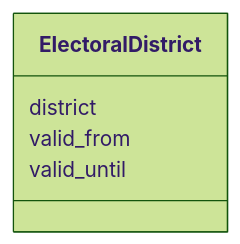
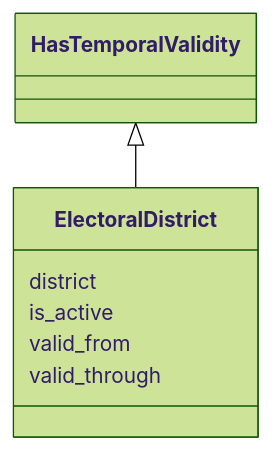
The diagram in ech-0294_actors/output/docs/ElectoralDistrict.md (swiss/political-affairs-ech-group), drawn with Mermaid (forest theme) before and after one commit. The commit also changed other lines of this file and 176 other files, not shown here.

````diff
--- a/ech-0294_actors/output/docs/ElectoralDistrict.md
+++ b/ech-0294_actors/output/docs/ElectoralDistrict.md
@@ -13,12 +22,17 @@
 ```mermaid
  classDiagram
     class ElectoralDistrict
     click ElectoralDistrict href "../ElectoralDistrict/"
+      HasTemporalValidity <|-- ElectoralDistrict
+        click HasTemporalValidity href "../HasTemporalValidity/"
+      
       ElectoralDistrict : district
+        
+      ElectoralDistrict : is_active
         
       ElectoralDistrict : valid_from
         
-      ElectoralDistrict : valid_until
+      ElectoralDistrict : valid_through
         
       
 ```
````
